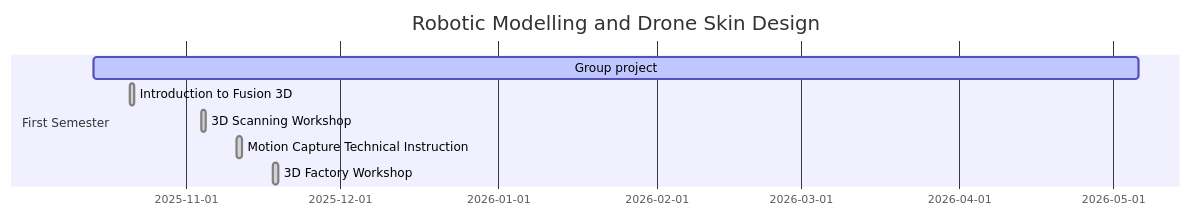
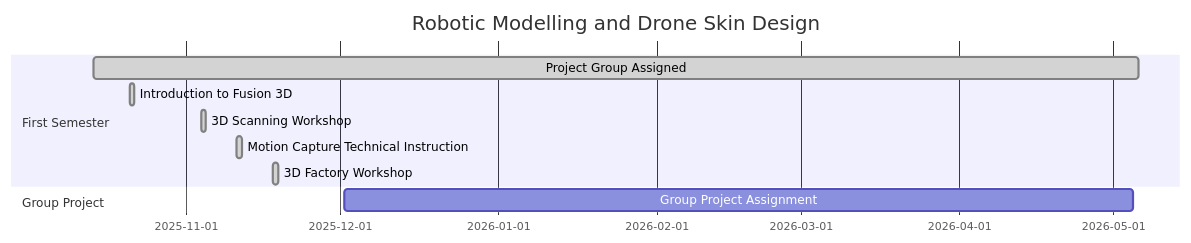
Before and after one commit to mead-one/mead-one.github.io: the diagram in README.md, drawn with Mermaid.

Commit message:
Added group project to Gantt chart in correct place

````diff
--- a/README.md
+++ b/README.md
@@ -6,12 +6,15 @@
 ```mermaid
 gantt
     dateformat YYYY-MM-DD
     title Robotic Modelling and Drone Skin Design
 
     section First Semester
-    Group project                   :active, groupproject, 2025-10-14, 2026-05-06
+    Project Group Assigned          :done,  groupassigned, 2025-10-14, 2026-05-06
     Introduction to Fusion 3D       :done,  fusionintro, 2025-10-21, 1d
-    3D Scanning Workshop            :done, 3dscanintro, 2025-11-04, 1d
+    3D Scanning Workshop            :done,  3dscanintro, 2025-11-04, 1d
     Motion Capture Technical Instruction    :done, mocapintro, 2025-11-11, 1d
     3D Factory Workshop             :done, 3dfactoryintro, 2025-11-18, 1d
+
+    section Group Project
+    Group Project Assignment        : groupproject, 2025-12-02, 2026-05-05
 ```
````
